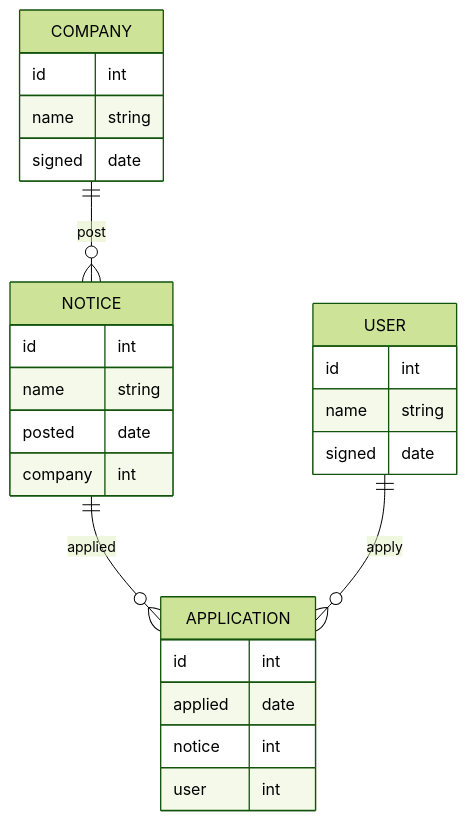
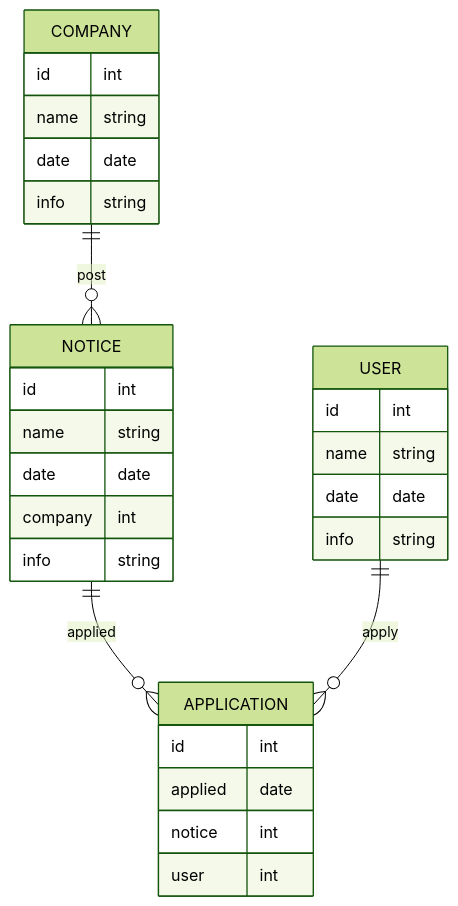
One commit to 2chanhaeng/wanted-pre-onboarding-backend changed the diagram in README.md. Above: the diagram before and after it, drawn with Mermaid (forest theme). The commit also changed other lines of this file, not shown here.

Commit message:
Modify model visualization in README
README의 모델 설명 수정

````diff
--- a/README.md
+++ b/README.md
@@ -70,28 +73,31 @@
 ```mermaid
 erDiagram
     COMPANY {
         id int
         name string
-        signed date
+        date date
+        info string
     }
     USER {
         id int
         name string
-        signed date
+        date date
+        info string
     }
     NOTICE {
         id int
         name string
-        posted date
+        date date
         company int
+        info string
     }
     APPLICATION {
         id int
         applied date
         notice int
         user int
     }
     COMPANY ||--o{ NOTICE : post
     NOTICE ||--o{ APPLICATION : applied
     USER ||--o{ APPLICATION : apply
 ```
````
